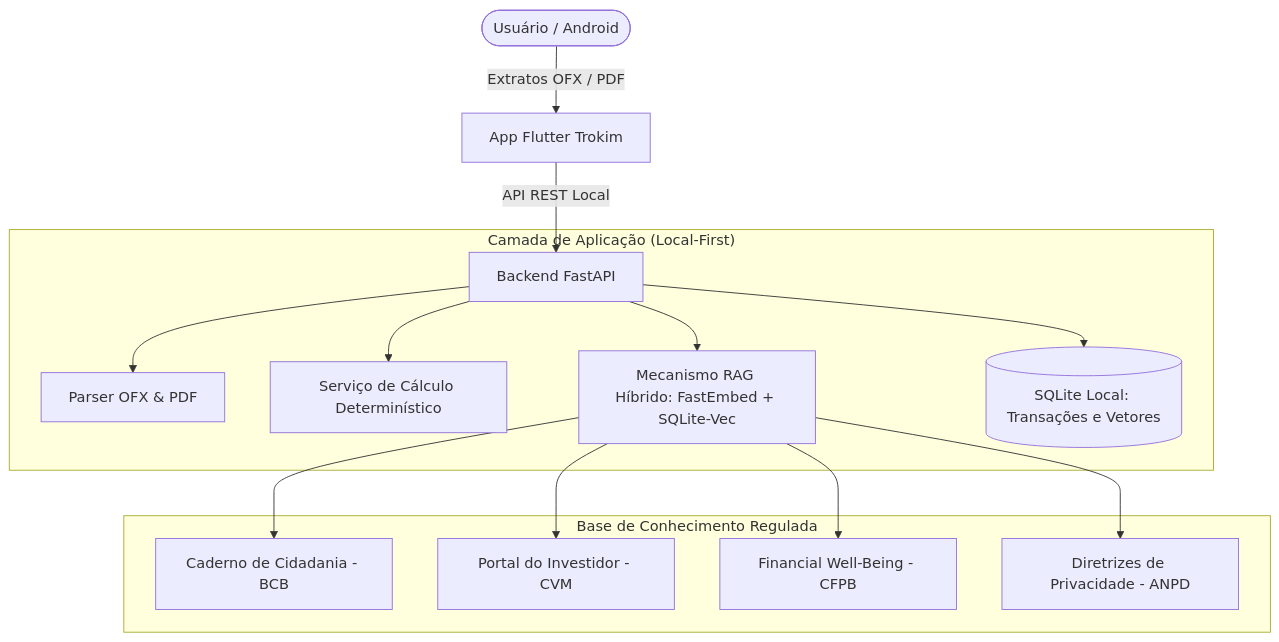
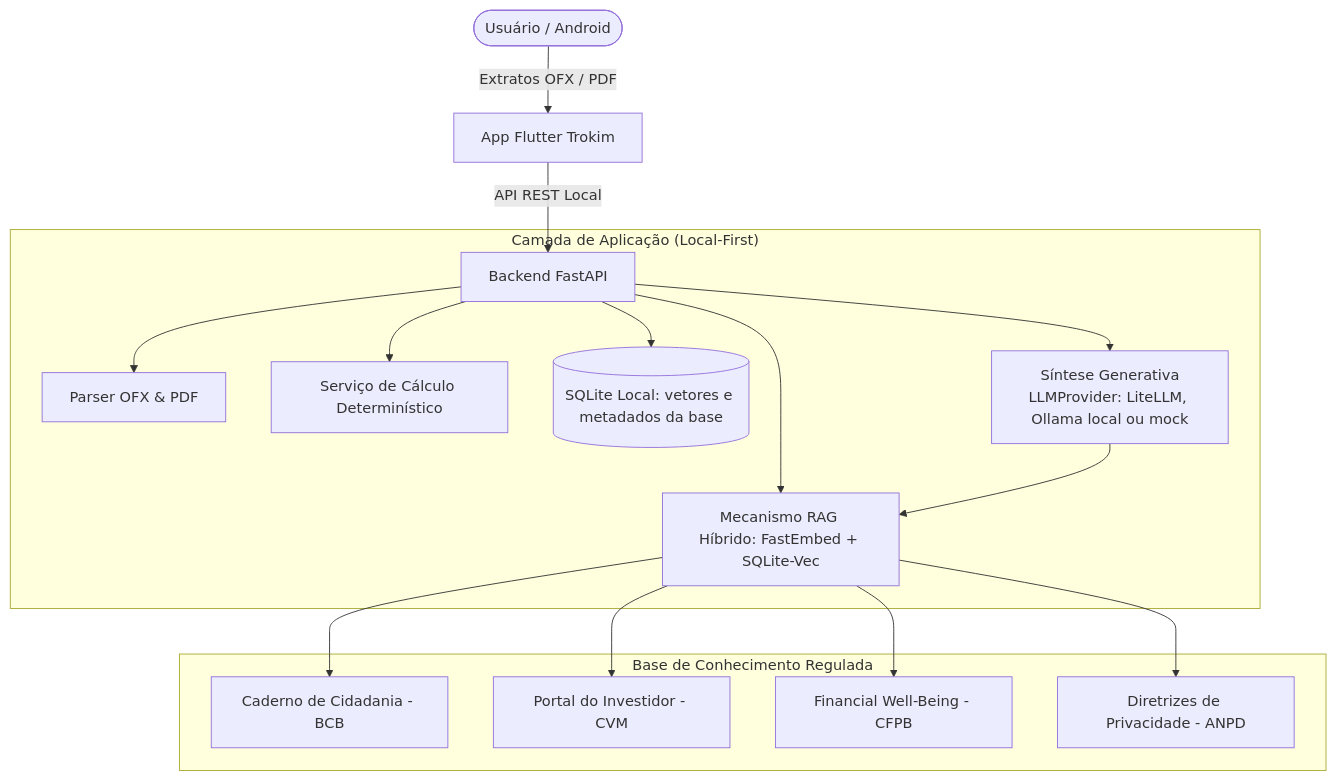
The diagram in docs/index.md (moonshinerd/trokim), drawn with Mermaid before and after one commit. The commit also changed other lines of this file and 10 other files, not shown here.

````diff
--- a/docs/index.md
+++ b/docs/index.md
@@ -87,19 +94,21 @@
 ```mermaid
 graph TD
     User([Usuário / Android]) -->|Extratos OFX / PDF| Mobile[App Flutter Trokim]
     Mobile -->|API REST Local| API[Backend FastAPI]
     
     subgraph "Camada de Aplicação (Local-First)"
         API --> Parser[Parser OFX & PDF]
         API --> Calc[Serviço de Cálculo Determinístico]
         API --> RAG[Mecanismo RAG Híbrido: FastEmbed + SQLite-Vec]
-        API --> DB[(SQLite Local: Transações e Vetores)]
+        API --> DB[(SQLite Local: vetores e metadados da base)]
+        API --> Gen[Síntese Generativa<br/>LLMProvider: LiteLLM, Ollama local ou mock]
+        Gen --> RAG
     end
 
     subgraph "Base de Conhecimento Regulada"
         RAG --> BCB[Caderno de Cidadania - BCB]
         RAG --> CVM[Portal do Investidor - CVM]
         RAG --> CFPB[Financial Well-Being - CFPB]
         RAG --> ANPD[Diretrizes de Privacidade - ANPD]
     end
 ```
````
